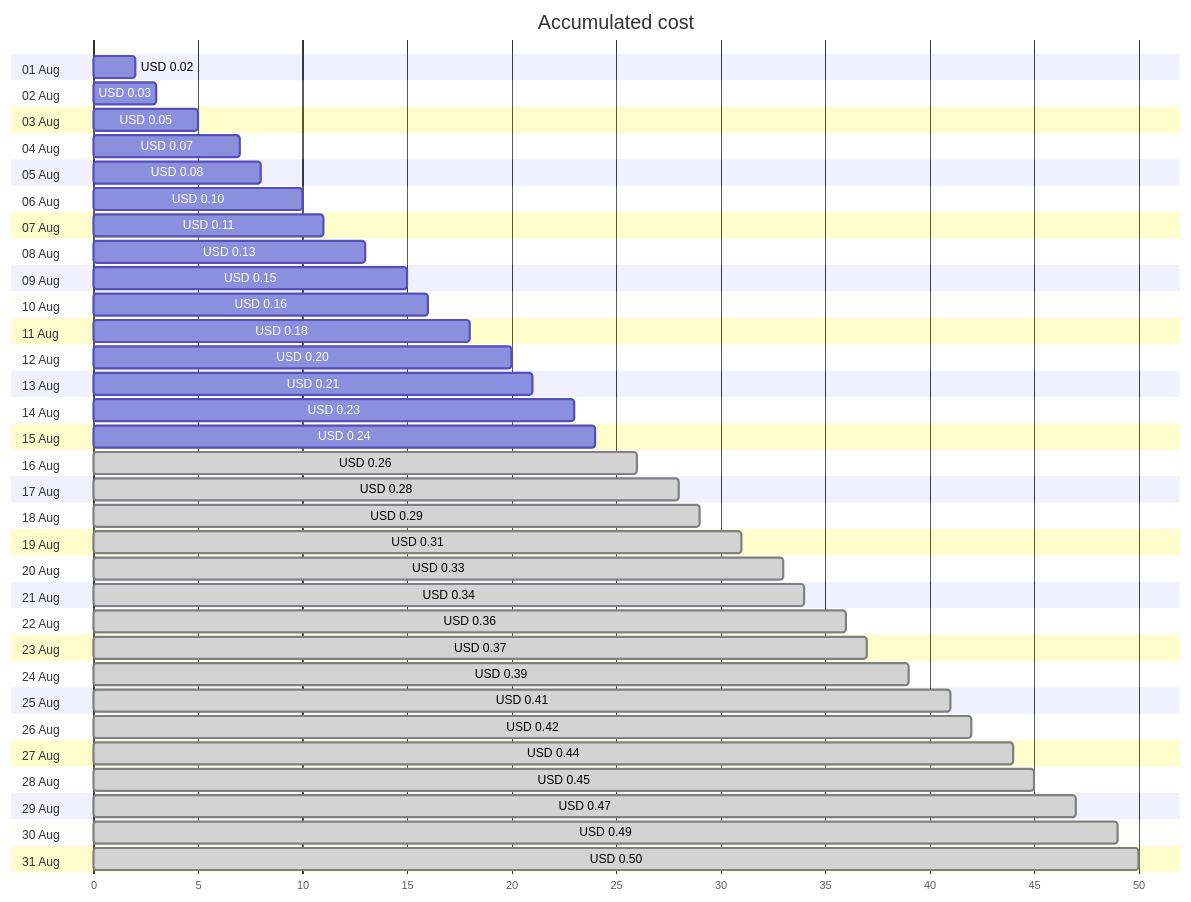
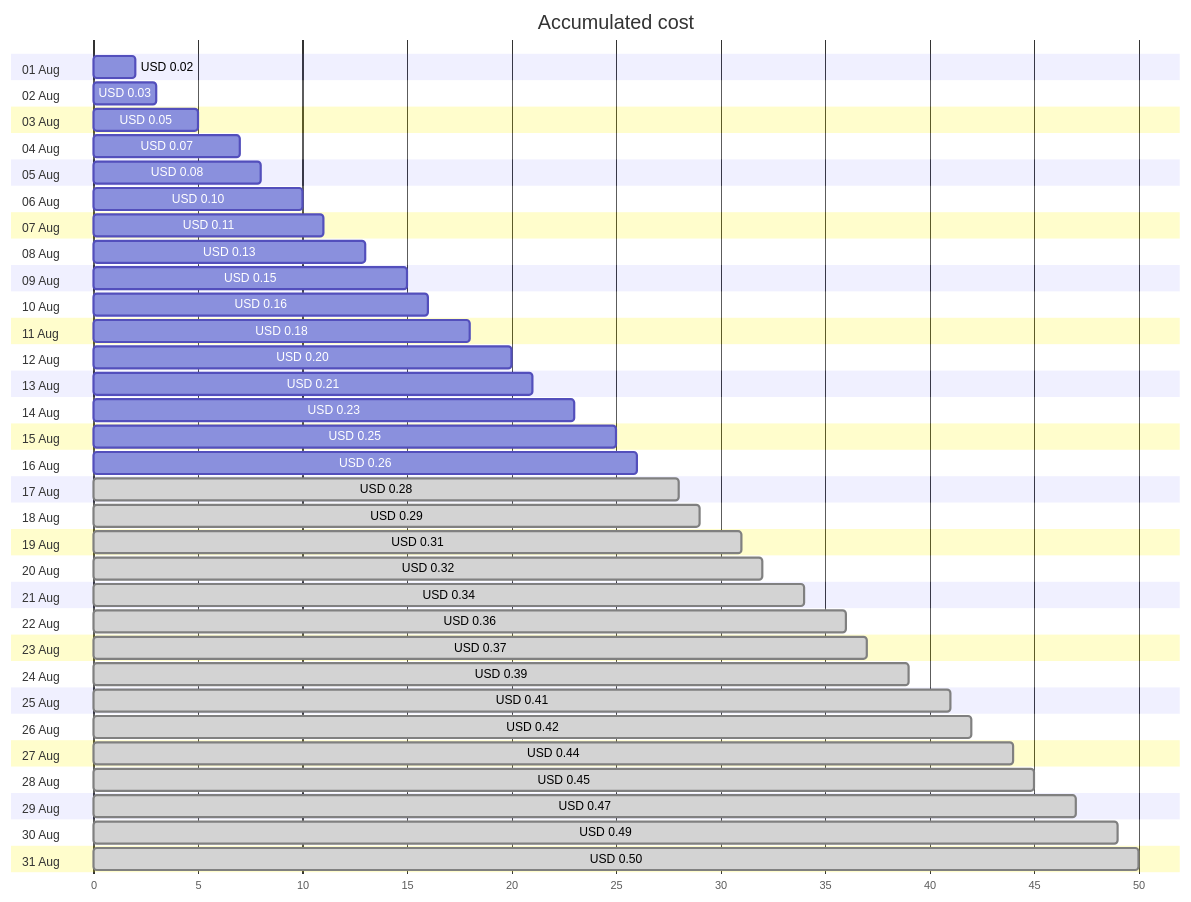
The first of 4 diagrams in cost-reports/personal-dns/jpatrickfulton.com.md (jpfulton/azure-personal-reports), drawn with Mermaid before and after one commit. The commit also changed other lines of this file and 2 other files, not shown here.

````diff
--- a/cost-reports/personal-dns/jpatrickfulton.com.md
+++ b/cost-reports/personal-dns/jpatrickfulton.com.md
@@ -20,68 +20,68 @@
 ```mermaid
 gantt
    title Accumulated cost
    dateFormat  X
    axisFormat %s
    section 01 Aug
    USD 0.02 :0, 2
    section 02 Aug
    USD 0.03 :0, 3
    section 03 Aug
    USD 0.05 :0, 5
    section 04 Aug
    USD 0.07 :0, 7
    section 05 Aug
    USD 0.08 :0, 8
    section 06 Aug
    USD 0.10 :0, 10
    section 07 Aug
    USD 0.11 :0, 11
    section 08 Aug
    USD 0.13 :0, 13
    section 09 Aug
    USD 0.15 :0, 15
    section 10 Aug
    USD 0.16 :0, 16
    section 11 Aug
    USD 0.18 :0, 18
    section 12 Aug
    USD 0.20 :0, 20
    section 13 Aug
    USD 0.21 :0, 21
    section 14 Aug
    USD 0.23 :0, 23
    section 15 Aug
-   USD 0.24 :0, 24
+   USD 0.25 :0, 25
    section 16 Aug
-   USD 0.26 : done, 0, 26
+   USD 0.26 :0, 26
    section 17 Aug
    USD 0.28 : done, 0, 28
    section 18 Aug
    USD 0.29 : done, 0, 29
    section 19 Aug
    USD 0.31 : done, 0, 31
    section 20 Aug
-   USD 0.33 : done, 0, 33
+   USD 0.32 : done, 0, 32
    section 21 Aug
    USD 0.34 : done, 0, 34
    section 22 Aug
    USD 0.36 : done, 0, 36
    section 23 Aug
    USD 0.37 : done, 0, 37
    section 24 Aug
    USD 0.39 : done, 0, 39
    section 25 Aug
    USD 0.41 : done, 0, 41
    section 26 Aug
    USD 0.42 : done, 0, 42
    section 27 Aug
    USD 0.44 : done, 0, 44
    section 28 Aug
    USD 0.45 : done, 0, 45
    section 29 Aug
    USD 0.47 : done, 0, 47
    section 30 Aug
    USD 0.49 : done, 0, 49
    section 31 Aug
    USD 0.50 : done, 0, 50
 ```
````
